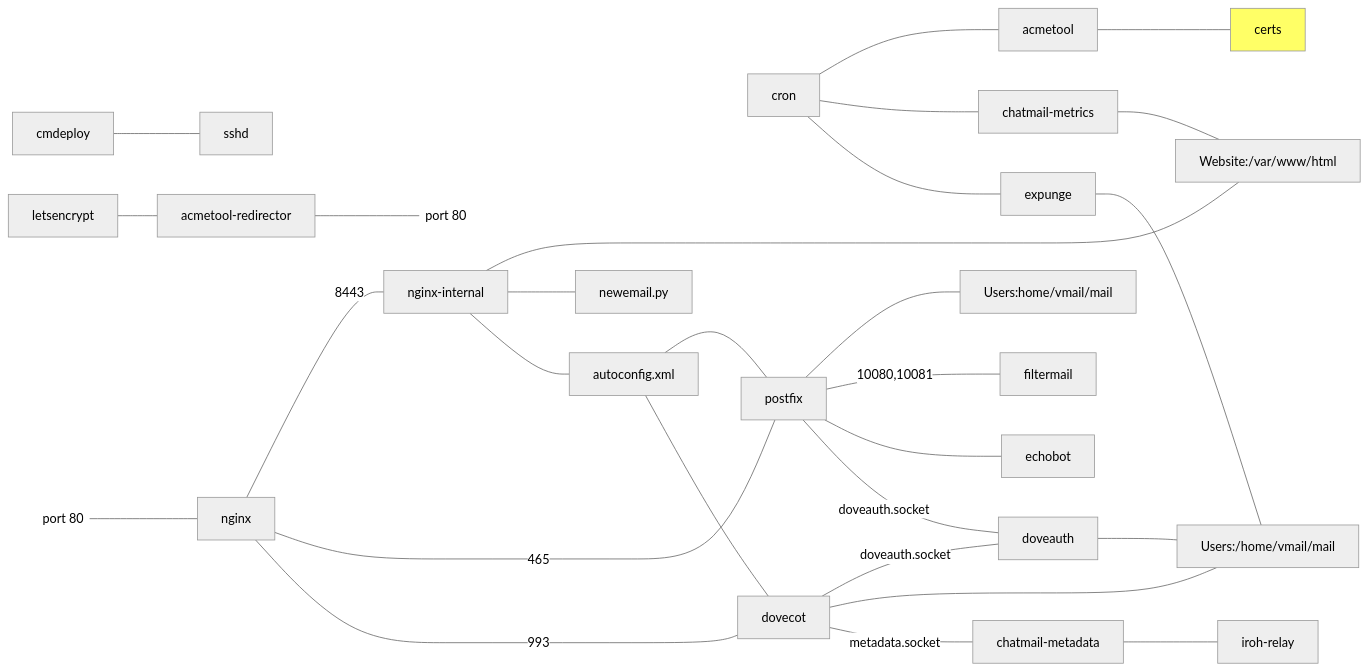
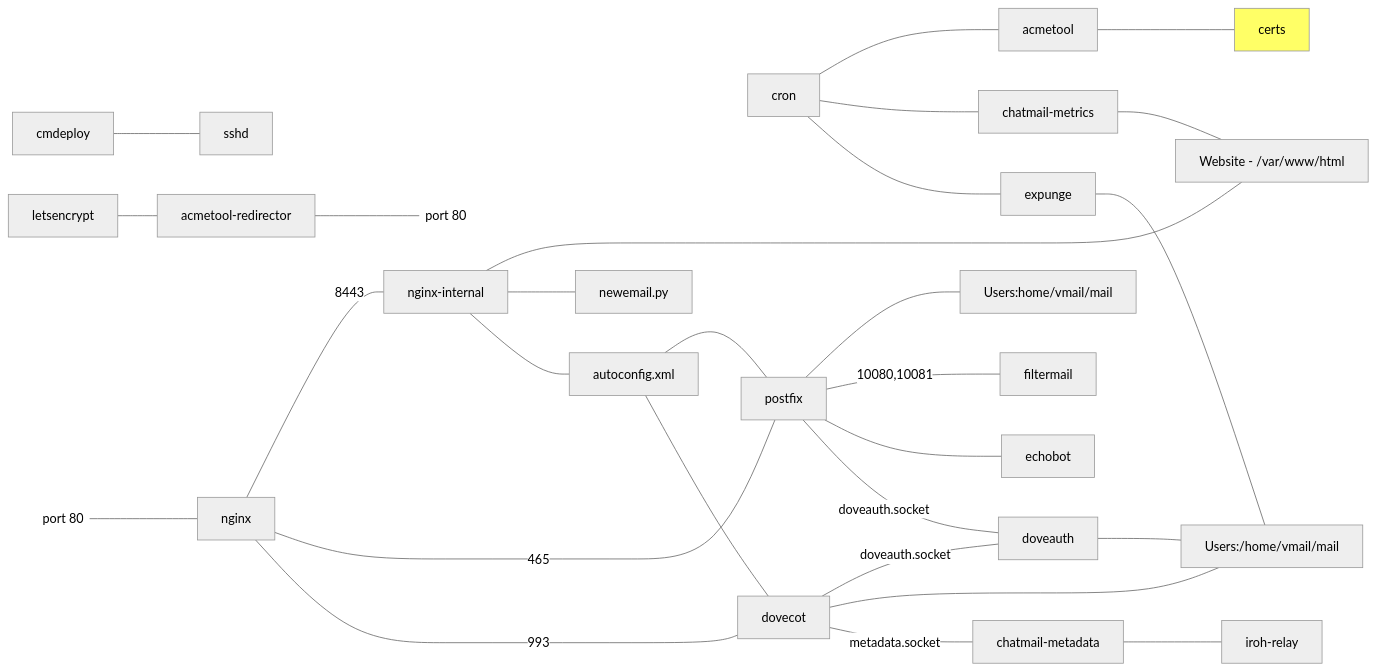
One commit to cliffmccarthy/chatmail-relay changed the diagram in ARCHITECTURE.md. Above: the diagram before and after it, drawn with Mermaid (neutral theme).

Commit message:
reformat

````diff
--- a/ARCHITECTURE.md
+++ b/ARCHITECTURE.md
@@ -4,31 +4,31 @@
 ```mermaid
 graph LR;
     cmdeploy --- sshd;
     letsencrypt --- acmetool-redirector;
     acmetool-redirector --- port80r@{ shape: text, label: "port 80" };
     port80l@{ shape: text, label: "port 80" } --- nginx;
     nginx --- |8443|nginx-internal;
-    nginx-internal --- Website:/var/www/html;
+    nginx-internal --- website[Website - /var/www/html];
     nginx-internal --- newemail.py;
     nginx-internal --- autoconfig.xml;
     cron --- acmetool;
     cron --- chatmail-metrics;
     cron --- expunge;
-    chatmail-metrics --- Website:/var/www/html;
+    chatmail-metrics --- website;
     acmetool --- certs;
     nginx --- |465|postfix;
     nginx --- |993|dovecot;
     autoconfig.xml --- postfix;
     autoconfig.xml --- dovecot;
     postfix --- Users:home/vmail/mail;
     postfix --- |10080,10081|filtermail;
     postfix --- echobot;
     postfix --- |doveauth.socket|doveauth;
     dovecot --- |doveauth.socket|doveauth;
     dovecot --- Users:/home/vmail/mail;
     dovecot --- |metadata.socket|chatmail-metadata;
     doveauth --- Users:/home/vmail/mail;
     expunge --- Users:/home/vmail/mail;
     chatmail-metadata --- iroh-relay;
     style certs fill:#ff6;
 ```
````
